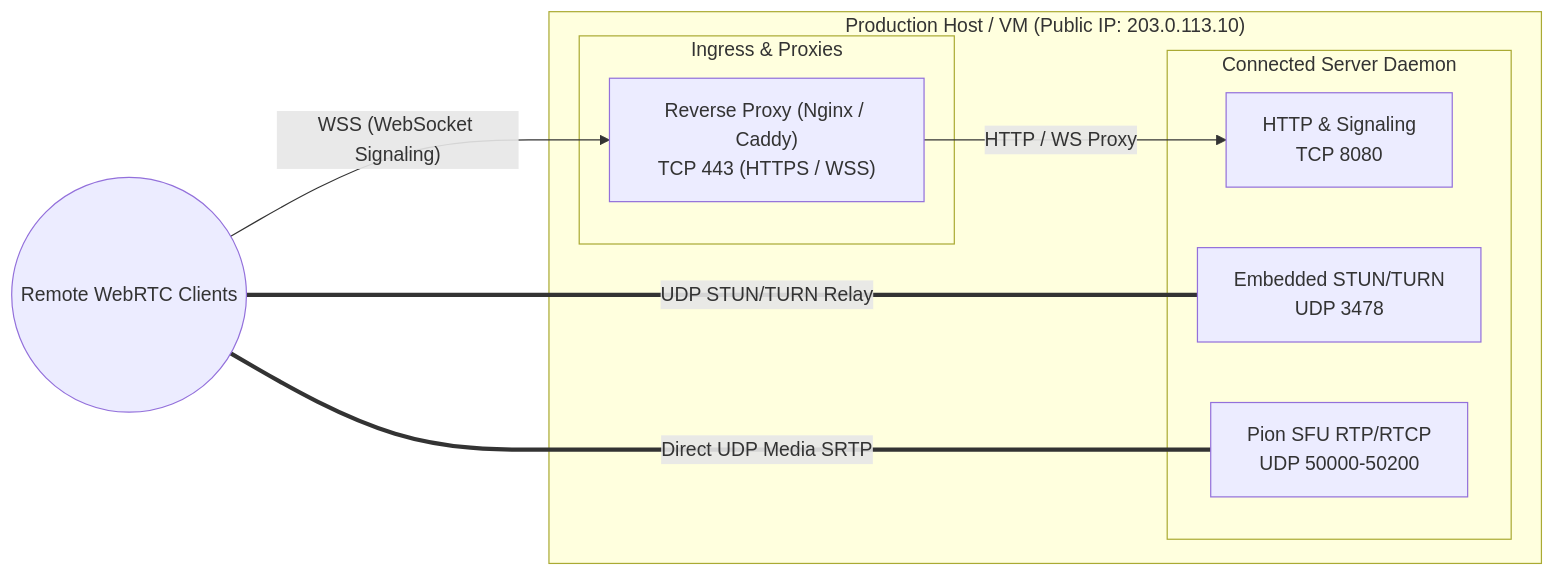
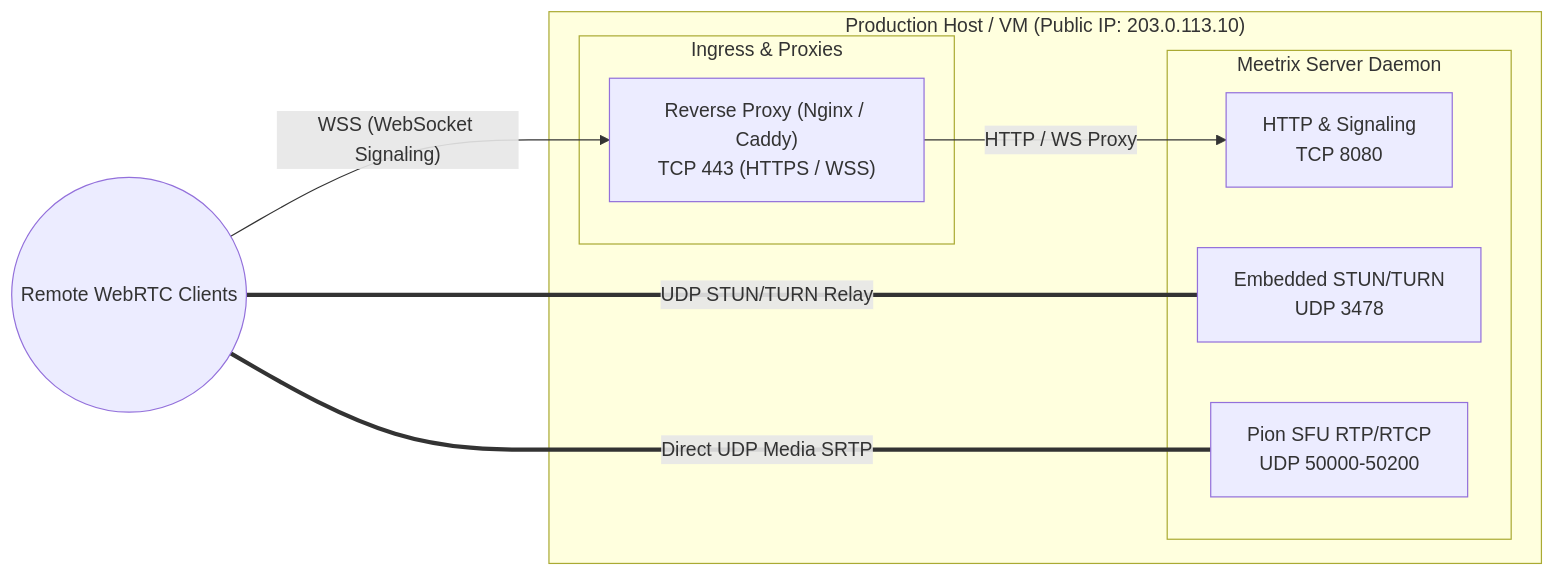
One commit to IsmaCortGtz/meetrix changed the diagram in docs/guide/deployment.md. Above: the diagram before and after it, drawn with Mermaid. The commit also changed other lines of this file and 97 other files, not shown here.

````diff
--- a/docs/guide/deployment.md
+++ b/docs/guide/deployment.md
@@ -11,21 +11,21 @@
 ```mermaid
 flowchart LR
     Clients((Remote WebRTC Clients))
 
     subgraph Host["Production Host / VM (Public IP: 203.0.113.10)"]
         subgraph Ingress["Ingress & Proxies"]
             Proxy["Reverse Proxy (Nginx / Caddy)<br/>TCP 443 (HTTPS / WSS)"]
         end
 
-        subgraph Connected["Connected Server Daemon"]
+        subgraph Meetrix["Meetrix Server Daemon"]
             Signaling["HTTP & Signaling<br/>TCP 8080"]
             STUN_TURN["Embedded STUN/TURN<br/>UDP 3478"]
             WebRTC["Pion SFU RTP/RTCP<br/>UDP 50000-50200"]
         end
     end
 
     Clients -->|"WSS (WebSocket Signaling)"| Proxy
     Proxy -->|"HTTP / WS Proxy"| Signaling
     Clients ===|"UDP STUN/TURN Relay"| STUN_TURN
     Clients ===|"Direct UDP Media SRTP"| WebRTC
 ```
````
